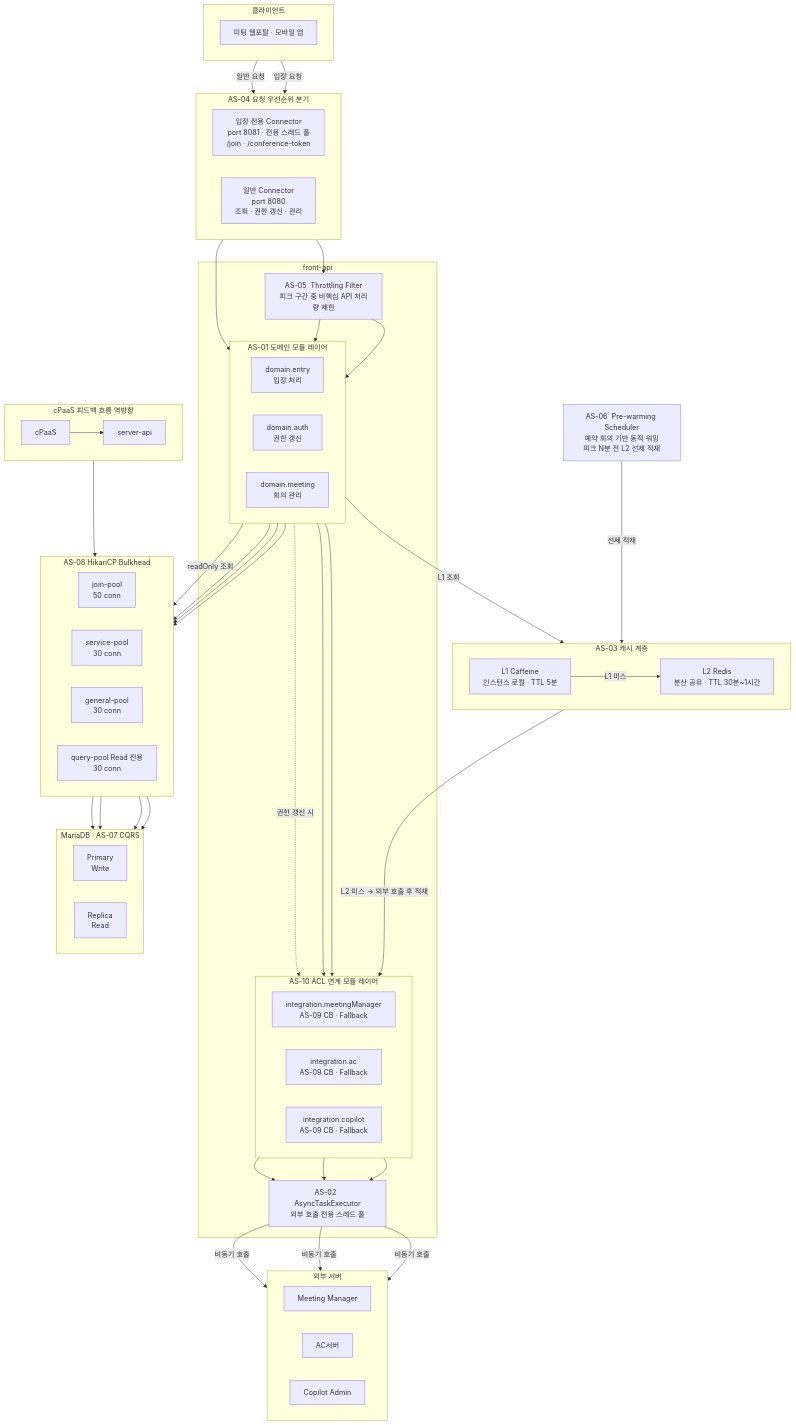
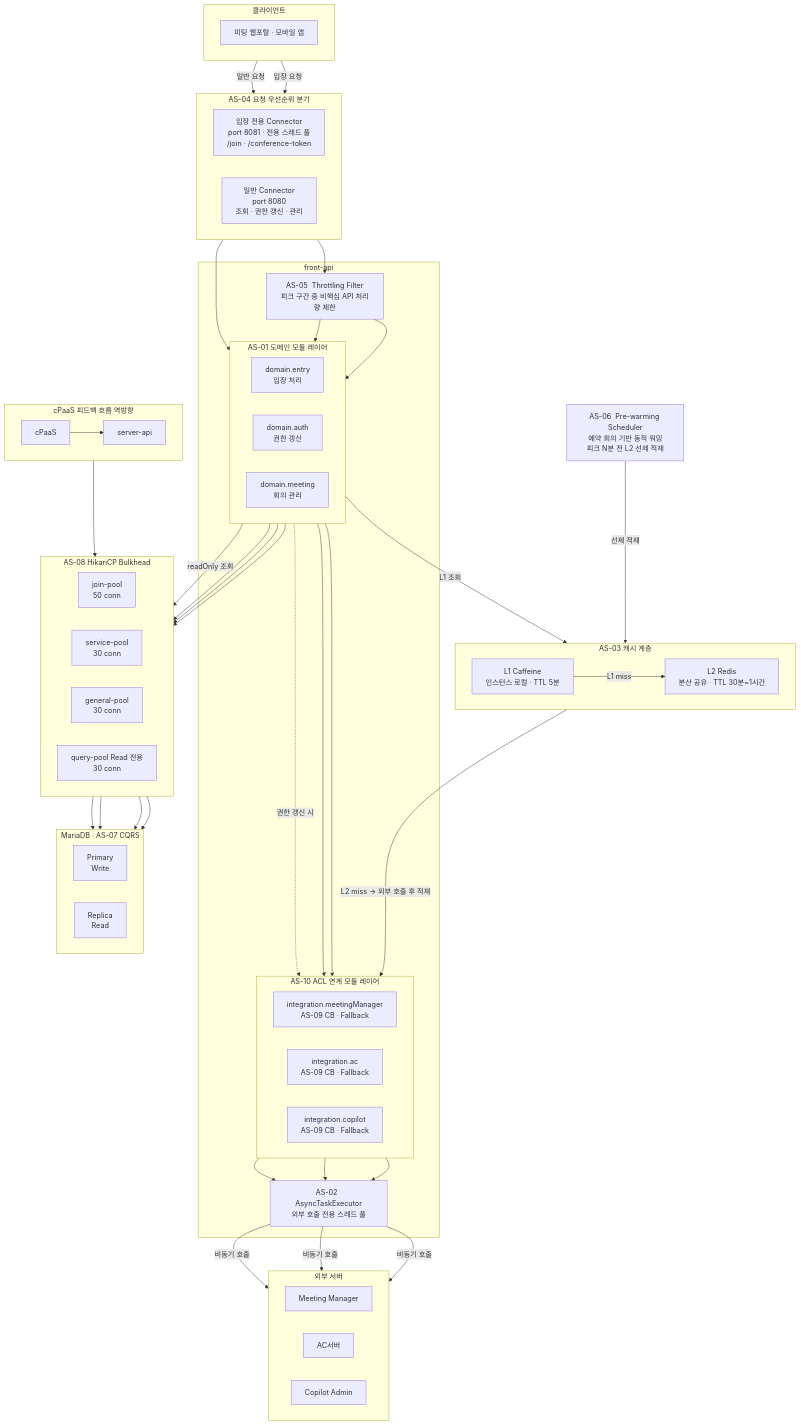
Before and after one commit to sujinnkim/A_Personal: the diagram in docs/05-architecture-design/4.1-conceptual/4.1.1-concept-diagram.md, drawn with Mermaid. The commit also changed other lines of this file and 10 other files, not shown here.

```diff
--- a/docs/05-architecture-design/4.1-conceptual/4.1.1-concept-diagram.md
+++ b/docs/05-architecture-design/4.1-conceptual/4.1.1-concept-diagram.md
@@ -84,8 +84,8 @@
 
     %% ── 캐시 흐름 ──────────────────────────────
     AUTH_D -->|L1 조회| L1
-    L1 --->|L1 미스| L2
-    L2 --->|L2 미스 → 외부 호출 후 적재| CP_INT
+    L1 --->|L1 miss| L2
+    L2 --->|L2 miss → 외부 호출 후 적재| CP_INT
     PREWARM -->|선제 적재| L2
 
     %% ── ACL → Async → 외부 서버 ───────────────
```
